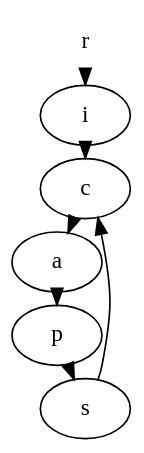
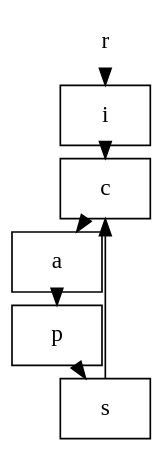
Before and after one commit to tevaughan/control: the diagram in fcds/pr01-01-a.dot, drawn with Graphviz. The commit also changed 2 other files, not shown here.

```diff
--- a/fcds/pr01-01-a.dot
+++ b/fcds/pr01-01-a.dot
@@ -1,18 +1,19 @@
 
 digraph pr01_01_a {
-   nodesep=0.05
-   ranksep=0.05
+   nodesep=0.01
+   ranksep=0.01
    pad=0
-   r [shape=none, texlbl="\parbox{6cm}{\center reference signal (driver's idea of best state)}"];
-   i [texlbl="\parbox{2.6cm}{\center input filter (driver's imagination)}"];
-   c [texlbl="\parbox{2.6cm}{\center comparator and controller (driver's mind)}"];
-   a [texlbl="\parbox{2.8cm}{\center actuator (driver's hands on wheel)}"];
-   p [texlbl="\parbox{3.1cm}{\center process (automobile on road)}"];
-   s [texlbl="\parbox{2.6cm}{\center sensor (driver's eyes)}"];
+   r [shape=none, texlbl="\parbox{2.4cm}{\center reference signal (idea of best state)}"];
+   node [shape=box,margin=0.1];
+   i [texlbl="\parbox{2.0cm}{\center input filter (imagination)}"];
+   c [texlbl="\parbox{3.5cm}{\center comparator and controller (mind)}"];
+   a [texlbl="\parbox{1.9cm}{\center actuator (hands on wheel)}"];
+   p [texlbl="\parbox{1.9cm}{\center process (automobile on road)}"];
+   s [texlbl="\parbox{1.6cm}{\center sensor (eyes)}"];
    r -> i;
-   i -> c [texlbl="\parbox{5cm}{\center neural signal encoding ideal image}"];
-   c -> a [texlbl="\parbox{3cm}{\center motor-nerve signal}"];
-   a -> p [texlbl="\parbox{3cm}{\center angle of front wheels}"];
-   p -> s [texlbl="\parbox{2cm}{\center automobile's state on road}"];
-   s -> c [texlbl="\parbox{2cm}{\center neural signal encoding actual image}"];
+   i -> c [texlbl="\parbox{1.9cm}{\flushleft neural signal of ideal image}"];
+   c -> a [texlbl="\parbox{1.6cm}{\flushleft motor-nerve signal}"];
+   a -> p [texlbl="\parbox{1.7cm}{\flushleft angle of front wheels}"];
+   p -> s [texlbl="\parbox{1.9cm}{\flushleft automobile's state on road}"];
+   s -> c [texlbl="\parbox{1.7cm}{\flushleft neural signal of image}",weight=5];
 }
```
